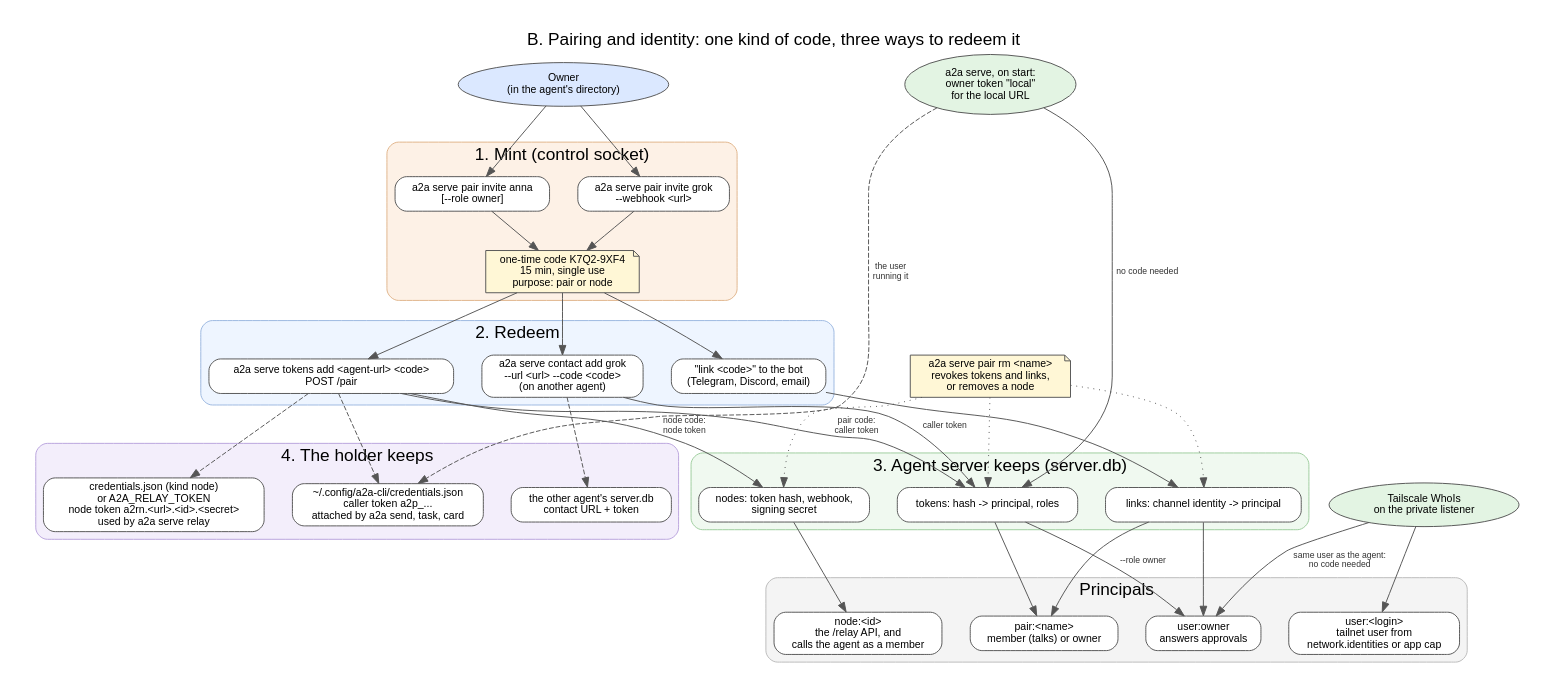
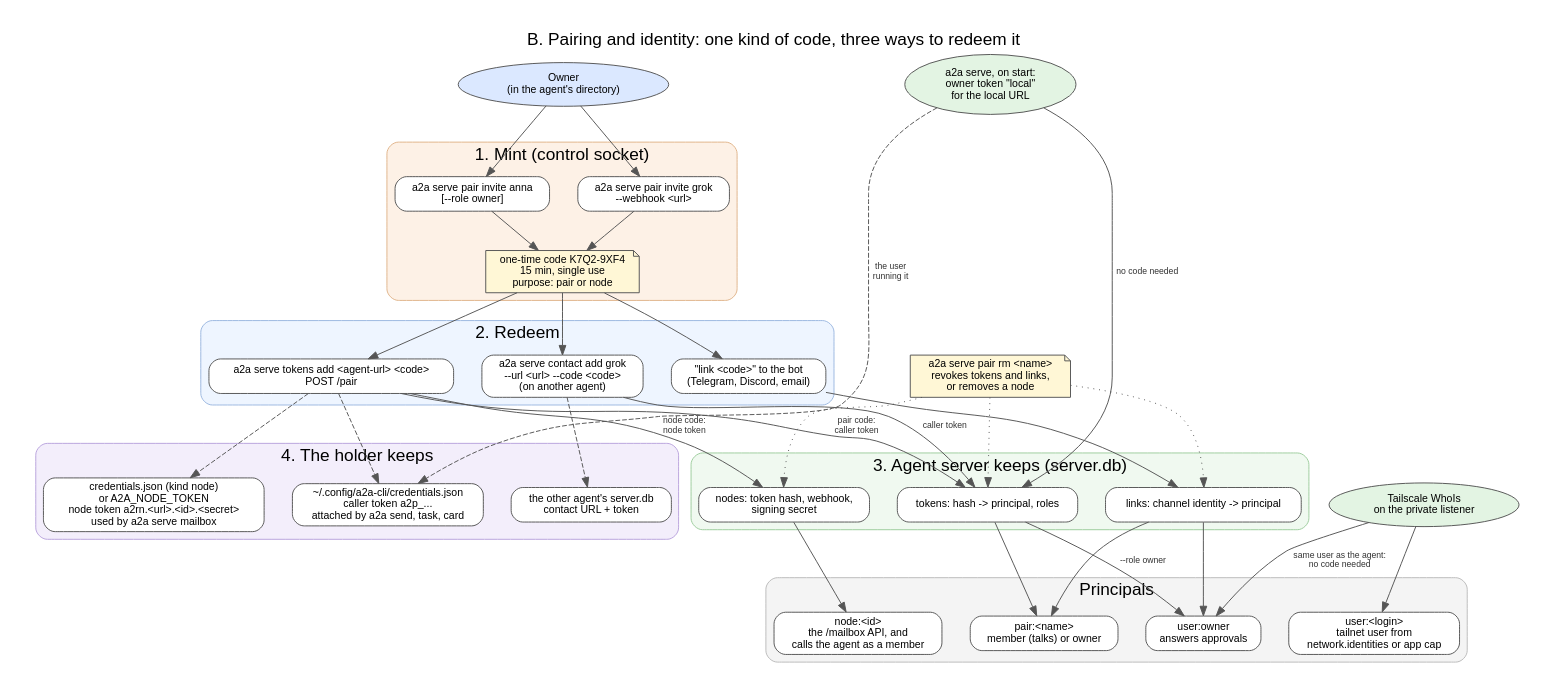
Before and after one commit to a2aproject/a2a-serve: the diagram in docs/graphs/agent-server-pairing.dot, drawn with Graphviz. The commit also changed 42 other files, not shown here.

First line of the commit message:
feat!: move webhook node commands from relay to mailbox (#21)

```diff
--- a/docs/graphs/agent-server-pairing.dot
+++ b/docs/graphs/agent-server-pairing.dot
@@ -1,73 +1,73 @@
 // B. Pairing and identity: how callers, messenger accounts, other agents and
 // webhook nodes get a principal, and where each credential is kept.
 // Render: dot -Tpng -Gdpi=110 agent-server-pairing.dot -o agent-server-pairing.png
 digraph agent_server_pairing {
   rankdir=TB;
   graph [fontname="Helvetica", nodesep=0.4, ranksep=0.55, pad=0.3,
          label="B. Pairing and identity: one kind of code, three ways to redeem it", labelloc=t, fontsize=18];
   node  [fontname="Helvetica", fontsize=11, shape=box, style="rounded,filled", fillcolor="#ffffff", color="#555555"];
   edge  [fontname="Helvetica", fontsize=9, color="#555555", fontcolor="#333333"];
 
   Owner [label="Owner\n(in the agent's directory)", shape=ellipse, fillcolor="#dbe8ff"];
 
   subgraph cluster_mint {
     label="1. Mint (control socket)"; style="rounded,filled"; fillcolor="#fdf1e6"; color="#e0b48a";
     PairCaller [label="a2a serve pair invite anna\n[--role owner]"];
     PairNode   [label="a2a serve pair invite grok\n--webhook <url>"];
     Code       [label="one-time code K7Q2-9XF4\n15 min, single use\npurpose: pair or node", shape=note, fillcolor="#fff7d6"];
   }
 
   subgraph cluster_redeem {
     label="2. Redeem"; style="rounded,filled"; fillcolor="#eef5ff"; color="#9bb7e0";
     PairAdd  [label="a2a serve tokens add <agent-url> <code>\nPOST /pair"];
     Link     [label="\"link <code>\" to the bot\n(Telegram, Discord, email)"];
     Contact  [label="a2a serve contact add grok\n--url <url> --code <code>\n(on another agent)"];
   }
 
   subgraph cluster_server {
     label="3. Agent server keeps (server.db)"; style="rounded,filled"; fillcolor="#f0f9f0"; color="#9ccc9c";
     Tokens [label="tokens: hash -> principal, roles"];
     Links  [label="links: channel identity -> principal"];
     NodeT  [label="nodes: token hash, webhook,\nsigning secret"];
   }
 
   subgraph cluster_holders {
     label="4. The holder keeps"; style="rounded,filled"; fillcolor="#f3eefb"; color="#b9a4dd";
     Creds   [label="~/.config/a2a-cli/credentials.json\ncaller token a2p_...\nattached by a2a send, task, card"];
-    NodeCreds [label="credentials.json (kind node)\nor A2A_RELAY_TOKEN\nnode token a2rn.<url>.<id>.<secret>\nused by a2a serve relay"];
+    NodeCreds [label="credentials.json (kind node)\nor A2A_NODE_TOKEN\nnode token a2rn.<url>.<id>.<secret>\nused by a2a serve mailbox"];
     ContactDB [label="the other agent's server.db\ncontact URL + token"];
   }
 
   subgraph cluster_principals {
     label="Principals"; style="rounded,filled"; fillcolor="#f4f4f4"; color="#bbbbbb";
     POwner  [label="user:owner\nanswers approvals"];
     PPair   [label="pair:<name>\nmember (talks) or owner"];
     PUser   [label="user:<login>\ntailnet user from\nnetwork.identities or app cap"];
-    PNode   [label="node:<id>\nthe /relay API, and\ncalls the agent as a member"];
+    PNode   [label="node:<id>\nthe /mailbox API, and\ncalls the agent as a member"];
   }
 
   Tailnet [label="Tailscale WhoIs\non the private listener", shape=ellipse, fillcolor="#e3f4e3"];
   Start   [label="a2a serve, on start:\nowner token \"local\"\nfor the local URL", shape=ellipse, fillcolor="#e3f4e3"];
 
   Owner -> PairCaller; Owner -> PairNode;
   PairCaller -> Code; PairNode -> Code;
   Code -> PairAdd; Code -> Link; Code -> Contact;
   PairAdd -> Tokens [label="pair code:\ncaller token"];
   PairAdd -> NodeT  [label="node code:\nnode token"];
   Link -> Links;
   Contact -> Tokens [label="caller token"];
   PairAdd -> Creds [style=dashed];
   PairAdd -> NodeCreds [style=dashed];
   Contact -> ContactDB [style=dashed];
   Tokens -> PPair; Tokens -> POwner [label="--role owner"];
   Links -> PPair; Links -> POwner;
   NodeT -> PNode;
   Tailnet -> POwner [label="same user as the agent:\nno code needed"];
   Tailnet -> PUser;
   {rank=same; Owner; Start}
   Start -> Tokens [label="no code needed"];
   Start -> Creds [style=dashed, label="the user\nrunning it"];
 
   Revoke [label="a2a serve pair rm <name>\nrevokes tokens and links,\nor removes a node", shape=note, fillcolor="#fff7d6"];
   Revoke -> Tokens [style=dotted]; Revoke -> Links [style=dotted]; Revoke -> NodeT [style=dotted];
 }
```
